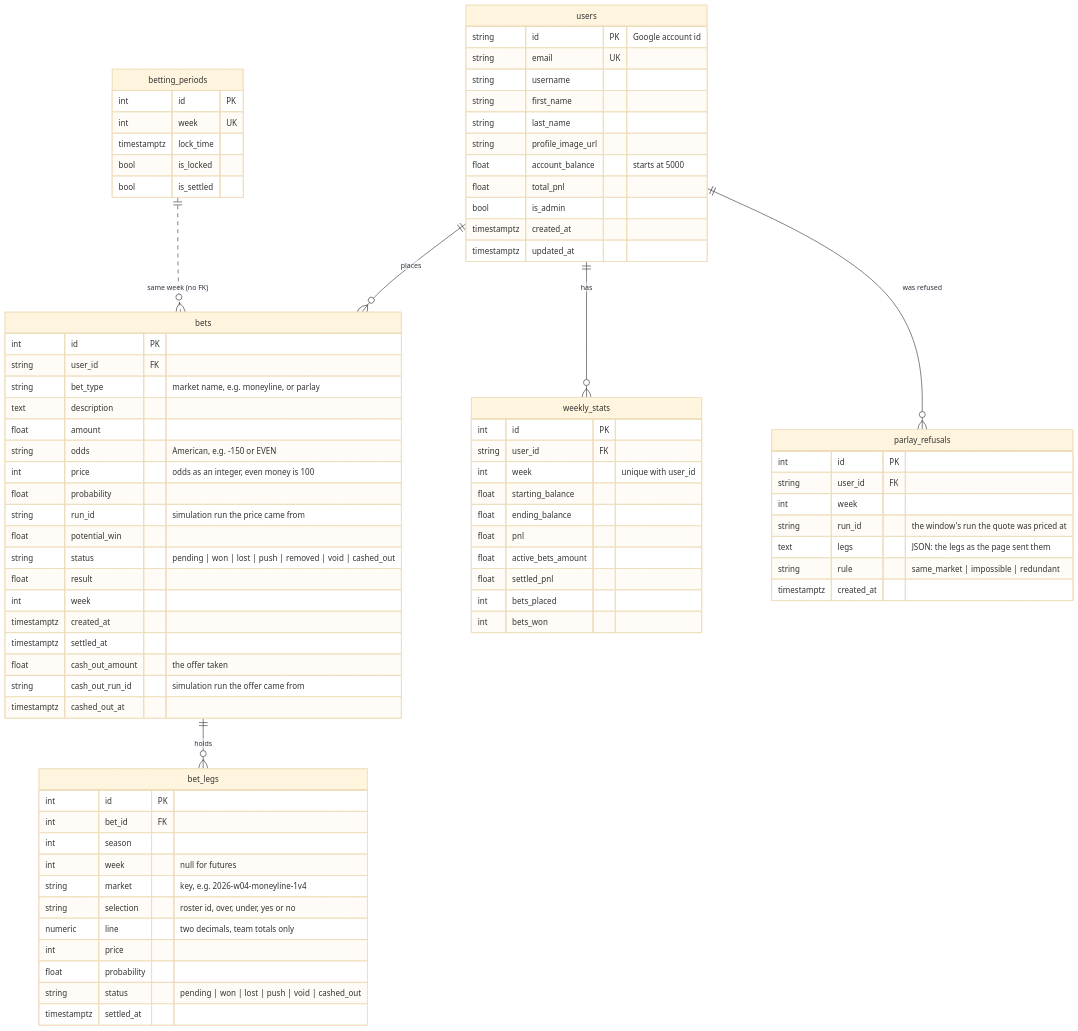
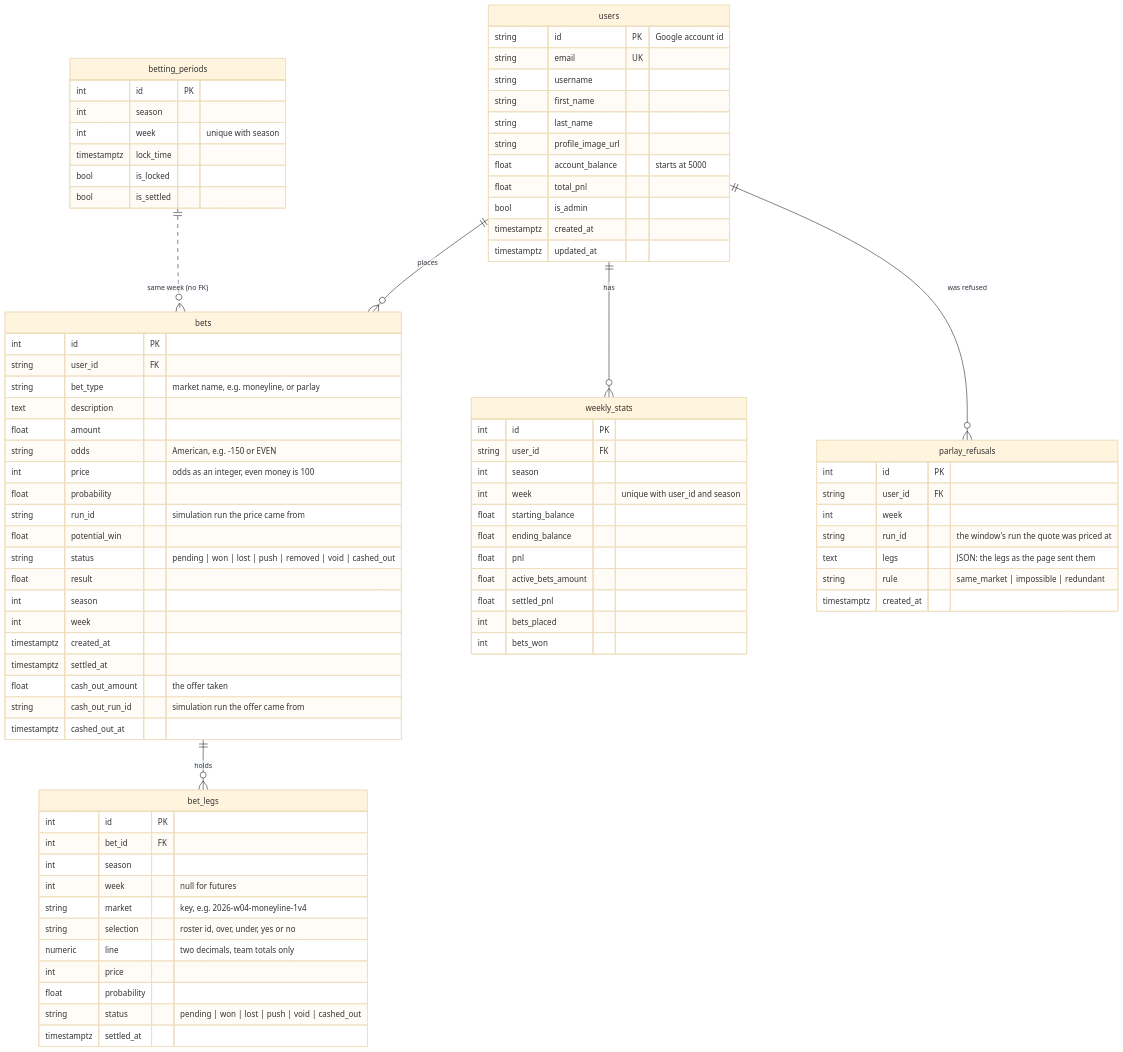
The second of 3 diagrams in docs/architecture/04-data-model.md (sfaizi24/TNCasino), drawn with Mermaid (base theme) before and after one commit. The commit also changed 33 other files, not shown here.

```diff
--- a/docs/architecture/04-data-model.md
+++ b/docs/architecture/04-data-model.md
@@ -135,6 +135,7 @@
         float potential_win
         string status "pending | won | lost | push | removed | void | cashed_out"
         float result
+        int season
         int week
         timestamptz created_at
         timestamptz settled_at
@@ -158,7 +159,8 @@
     weekly_stats {
         int id PK
         string user_id FK
-        int week "unique with user_id"
+        int season
+        int week "unique with user_id and season"
         float starting_balance
         float ending_balance
         float pnl
@@ -169,7 +171,8 @@
     }
     betting_periods {
         int id PK
-        int week UK
+        int season
+        int week "unique with season"
         timestamptz lock_time
         bool is_locked
         bool is_settled
```
